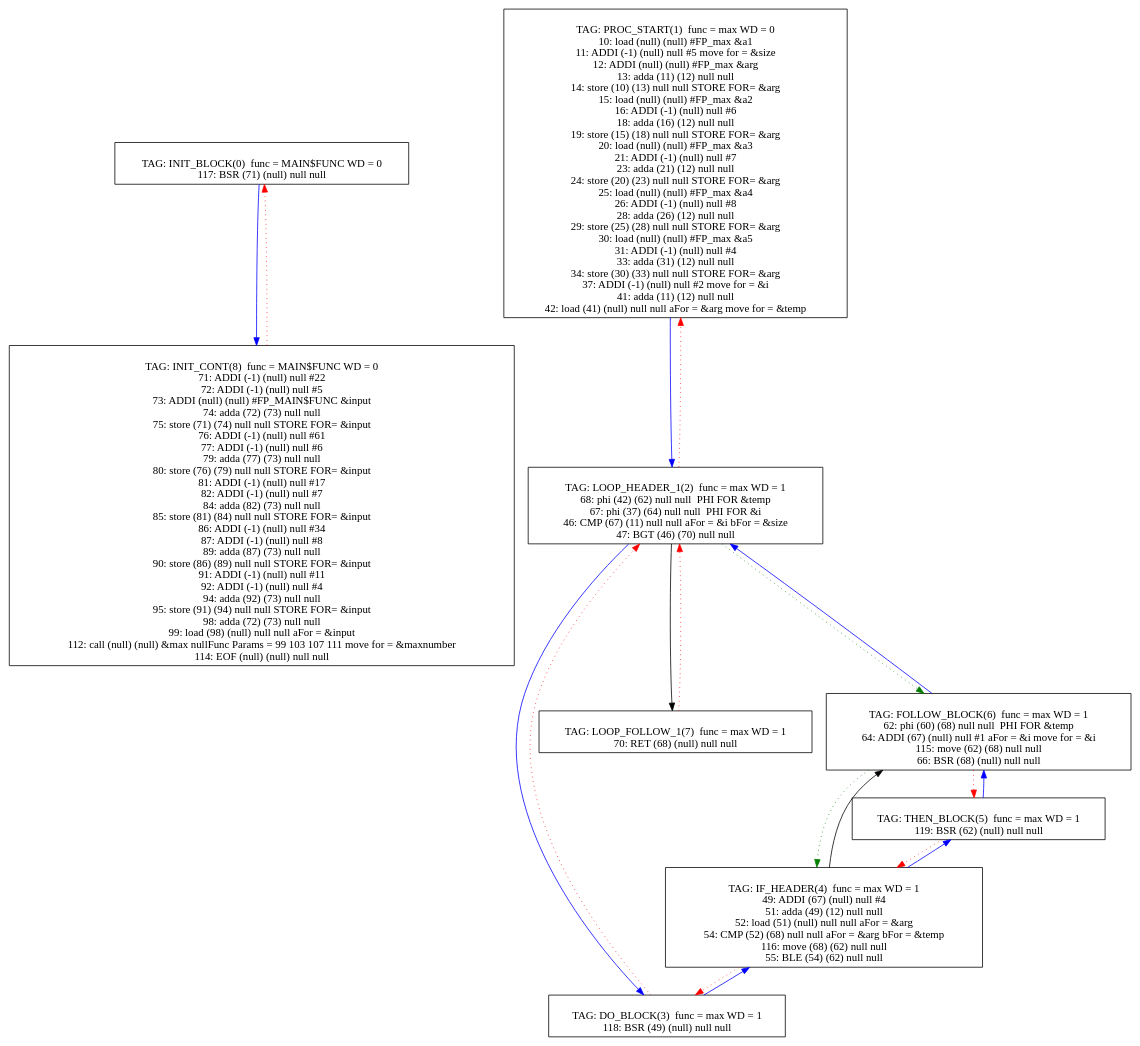
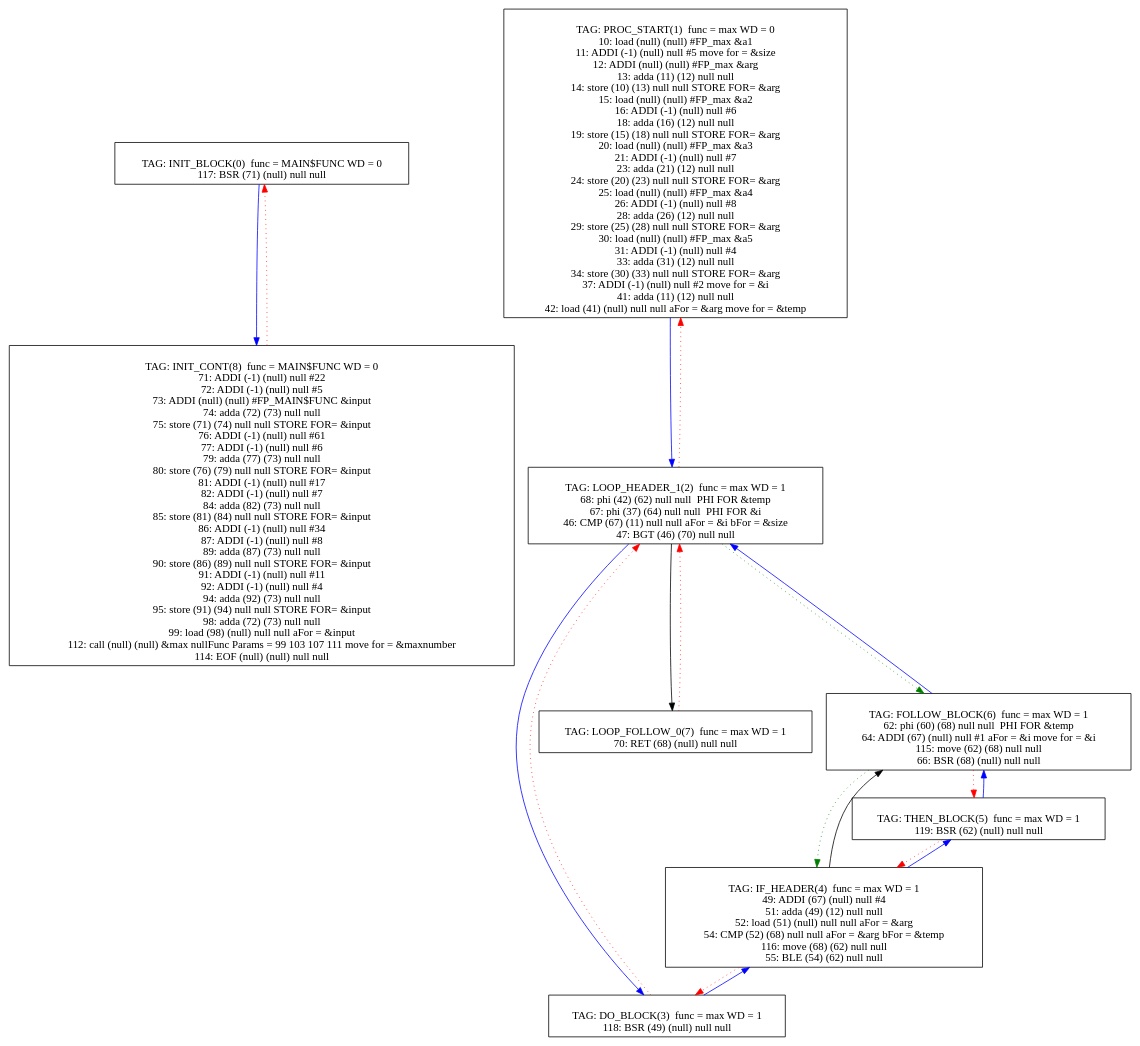
Before and after one commit to mbajaj92/Project-Astoria: the diagram in Compiler/4graph.dot, drawn with Graphviz. The commit also changed 85 other files, not shown here.

```diff
--- a/Compiler/4graph.dot
+++ b/Compiler/4graph.dot
@@ -1,123 +1,123 @@
 digraph {
 0[label="
 TAG: INIT_BLOCK(0)  func = MAIN$FUNC WD = 0
 117: BSR (71) (null) null null
 "];
 0[shape=box];
 0 -> 8[color=blue]
 1[label="
 TAG: PROC_START(1)  func = max WD = 0
 10: load (null) (null) #FP_max &a1
 11: ADDI (-1) (null) null #5 move for = &size
 12: ADDI (null) (null) #FP_max &arg
 13: adda (11) (12) null null
 14: store (10) (13) null null STORE FOR= &arg
 15: load (null) (null) #FP_max &a2
 16: ADDI (-1) (null) null #6
 18: adda (16) (12) null null
 19: store (15) (18) null null STORE FOR= &arg
 20: load (null) (null) #FP_max &a3
 21: ADDI (-1) (null) null #7
 23: adda (21) (12) null null
 24: store (20) (23) null null STORE FOR= &arg
 25: load (null) (null) #FP_max &a4
 26: ADDI (-1) (null) null #8
 28: adda (26) (12) null null
 29: store (25) (28) null null STORE FOR= &arg
 30: load (null) (null) #FP_max &a5
 31: ADDI (-1) (null) null #4
 33: adda (31) (12) null null
 34: store (30) (33) null null STORE FOR= &arg
 37: ADDI (-1) (null) null #2 move for = &i
 41: adda (11) (12) null null
 42: load (41) (null) null null aFor = &arg move for = &temp
 "];
 1[shape=box];
 1 -> 2[color=blue]
 2[label="
 TAG: LOOP_HEADER_1(2)  func = max WD = 1
 68: phi (42) (62) null null  PHI FOR &temp
 67: phi (37) (64) null null  PHI FOR &i
 46: CMP (67) (11) null null aFor = &i bFor = &size
 47: BGT (46) (70) null null
 "];
 2[shape=box];
 2 -> 3[color=blue]
 2 -> 7[color=black]
 2 -> 1[color=red][style=dotted]
 2 -> 6[color=green][style=dotted]
 3[label="
 TAG: DO_BLOCK(3)  func = max WD = 1
 118: BSR (49) (null) null null
 "];
 3[shape=box];
 3 -> 4[color=blue]
 3 -> 2[color=red][style=dotted]
 4[label="
 TAG: IF_HEADER(4)  func = max WD = 1
 49: ADDI (67) (null) null #4
 51: adda (49) (12) null null
 52: load (51) (null) null null aFor = &arg
 54: CMP (52) (68) null null aFor = &arg bFor = &temp
 116: move (68) (62) null null
 55: BLE (54) (62) null null
 "];
 4[shape=box];
 4 -> 5[color=blue]
 4 -> 6[color=black]
 4 -> 3[color=red][style=dotted]
 5[label="
 TAG: THEN_BLOCK(5)  func = max WD = 1
 119: BSR (62) (null) null null
 "];
 5[shape=box];
 5 -> 6[color=blue]
 5 -> 4[color=red][style=dotted]
 6[label="
 TAG: FOLLOW_BLOCK(6)  func = max WD = 1
 62: phi (60) (68) null null  PHI FOR &temp
 64: ADDI (67) (null) null #1 aFor = &i move for = &i
 115: move (62) (68) null null
 66: BSR (68) (null) null null
 "];
 6[shape=box];
 6 -> 2[color=blue]
 6 -> 5[color=red][style=dotted]
 6 -> 4[color=green][style=dotted]
 7[label="
-TAG: LOOP_FOLLOW_1(7)  func = max WD = 1
+TAG: LOOP_FOLLOW_0(7)  func = max WD = 1
 70: RET (68) (null) null null
 "];
 7[shape=box];
 7 -> 2[color=red][style=dotted]
 8[label="
 TAG: INIT_CONT(8)  func = MAIN$FUNC WD = 0
 71: ADDI (-1) (null) null #22
 72: ADDI (-1) (null) null #5
 73: ADDI (null) (null) #FP_MAIN$FUNC &input
 74: adda (72) (73) null null
 75: store (71) (74) null null STORE FOR= &input
 76: ADDI (-1) (null) null #61
 77: ADDI (-1) (null) null #6
 79: adda (77) (73) null null
 80: store (76) (79) null null STORE FOR= &input
 81: ADDI (-1) (null) null #17
 82: ADDI (-1) (null) null #7
 84: adda (82) (73) null null
 85: store (81) (84) null null STORE FOR= &input
 86: ADDI (-1) (null) null #34
 87: ADDI (-1) (null) null #8
 89: adda (87) (73) null null
 90: store (86) (89) null null STORE FOR= &input
 91: ADDI (-1) (null) null #11
 92: ADDI (-1) (null) null #4
 94: adda (92) (73) null null
 95: store (91) (94) null null STORE FOR= &input
 98: adda (72) (73) null null
 99: load (98) (null) null null aFor = &input
 112: call (null) (null) &max nullFunc Params = 99 103 107 111 move for = &maxnumber
 114: EOF (null) (null) null null
 "];
 8[shape=box];
 8 -> 0[color=red][style=dotted]
 }
```
